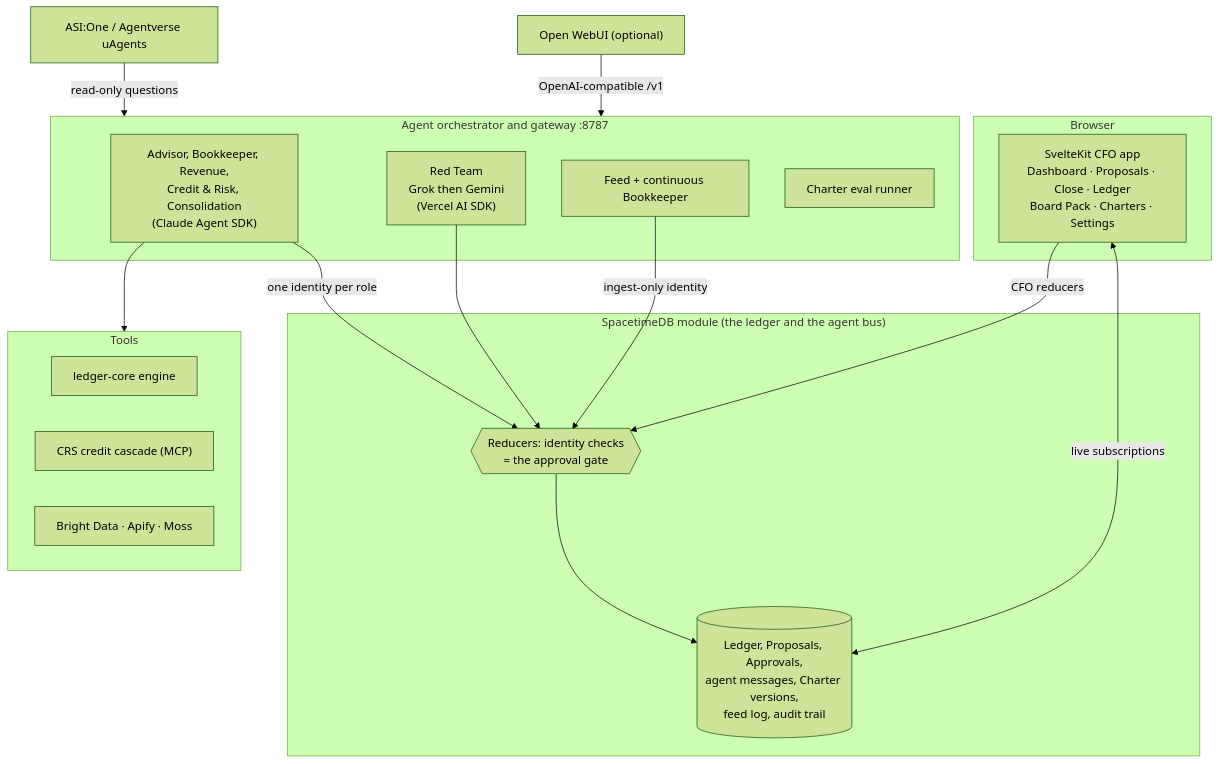
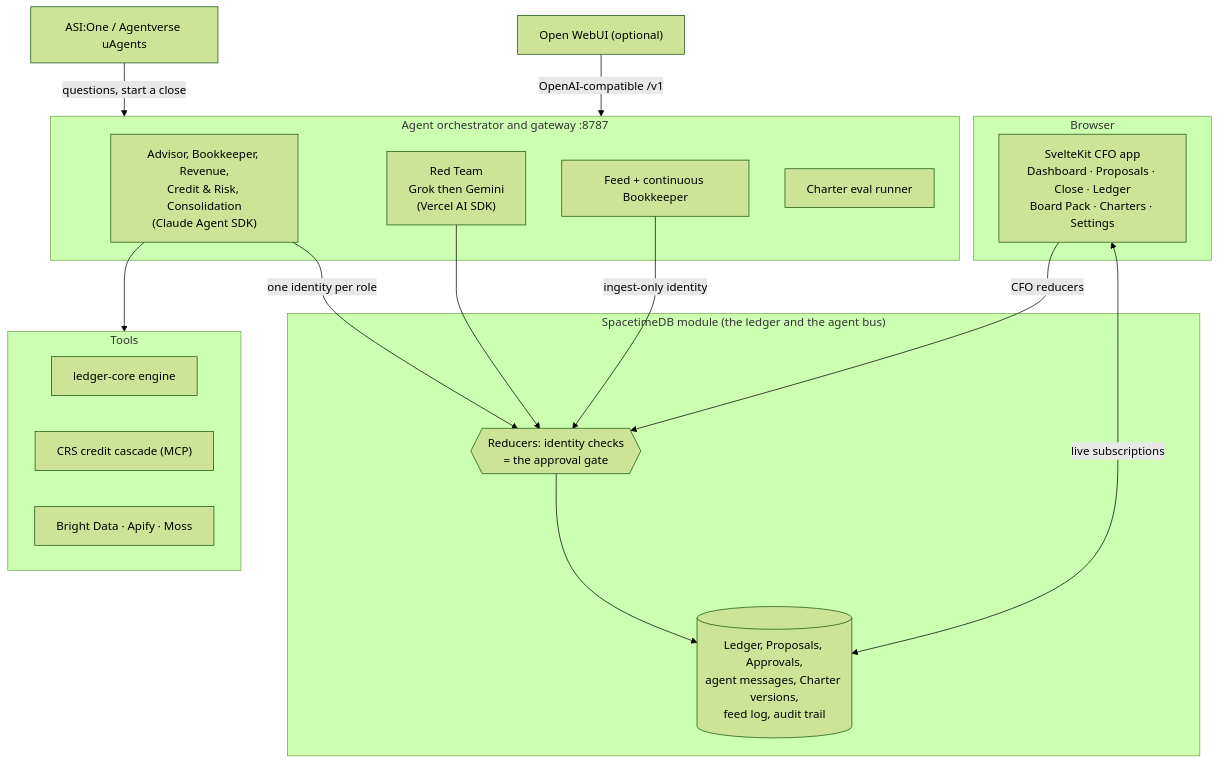
One commit to 3nvyx/cafoo changed the second of 2 diagrams in README.md. Above: the diagram before and after it, drawn with Mermaid (forest theme). The commit also changed other lines of this file and 15 other files, not shown here.

````diff
--- a/README.md
+++ b/README.md
@@ -303,30 +349,30 @@
 ```mermaid
 flowchart TB
     subgraph Browser
         UI["SvelteKit CFO app<br/>Dashboard · Proposals · Close · Ledger<br/>Board Pack · Charters · Settings"]
     end
     subgraph DB["SpacetimeDB module (the ledger and the agent bus)"]
         T[("Ledger, Proposals, Approvals,<br/>agent messages, Charter versions,<br/>feed log, audit trail")]
         G{{"Reducers: identity checks<br/>= the approval gate"}}
     end
     subgraph Agents["Agent orchestrator and gateway :8787"]
         O["Advisor, Bookkeeper, Revenue,<br/>Credit & Risk, Consolidation<br/>(Claude Agent SDK)"]
         RT["Red Team<br/>Grok then Gemini<br/>(Vercel AI SDK)"]
         F["Feed + continuous Bookkeeper"]
         E["Charter eval runner"]
     end
     subgraph Tools["Tools"]
         LC["ledger-core engine"]
         CRS["CRS credit cascade (MCP)"]
         BD["Bright Data · Apify · Moss"]
     end
     UI <-->|live subscriptions| T
     UI -->|CFO reducers| G
     O -->|one identity per role| G
     RT --> G
     F -->|ingest-only identity| G
     G --> T
     O --> Tools
     OW["Open WebUI (optional)"] -->|OpenAI-compatible /v1| Agents
-    ASI["ASI:One / Agentverse uAgents"] -->|read-only questions| Agents
+    ASI["ASI:One / Agentverse uAgents"] -->|questions, start a close| Agents
 ```
````
